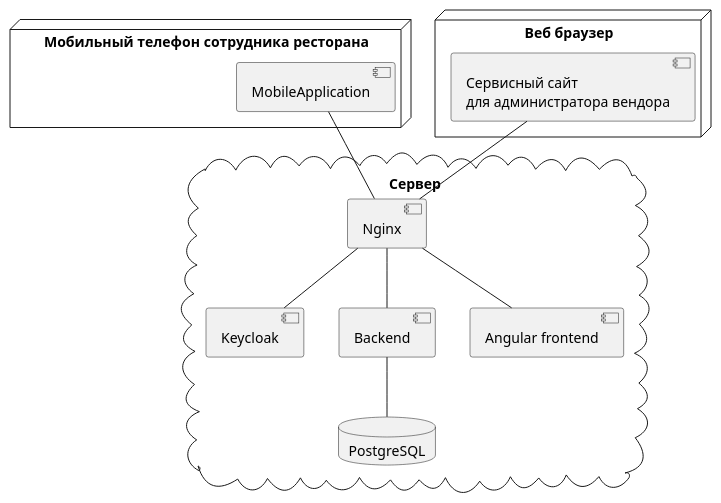
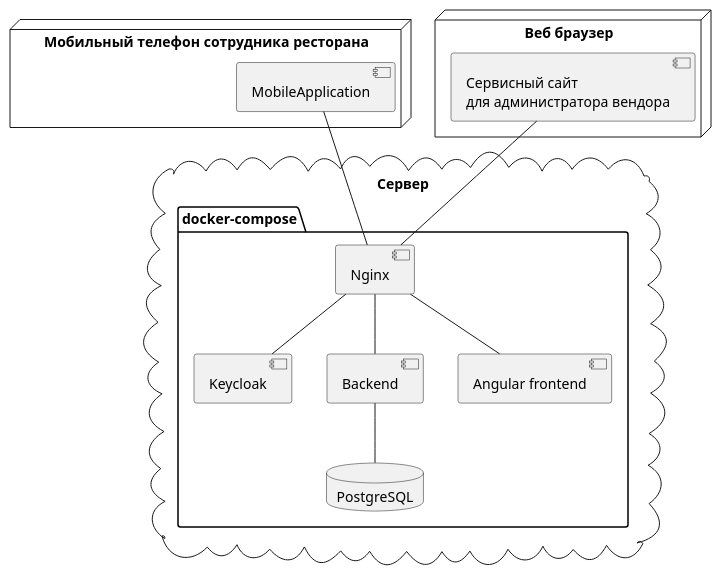
Before and after one commit to PavelPutin/restobook: the diagram in documentation/диаграммы/Диаграмма развёртывания.pu, drawn with PlantUML.

Commit message:
fix: add docker-compose package in server in deployment diagram

```diff
--- a/documentation/диаграммы/Диаграмма развёртывания.pu
+++ b/documentation/диаграммы/Диаграмма развёртывания.pu
@@ -1,28 +1,30 @@
 @startuml Диаграмма развёртывания
 
 node "Мобильный телефон сотрудника ресторана" {
     [MobileApplication]
 }
 
 node "Веб браузер" {
     [Сервисный сайт\nдля администратора вендора]
 }
 
 cloud Сервер {
-    [Nginx]
-    [Keycloak]
-    [Backend]
-    [Angular frontend]
-    database PostgreSQL
+    package docker-compose {
+        [Nginx]
+        [Keycloak]
+        [Backend]
+        [Angular frontend]
+        database PostgreSQL
+    }
 }
 
 [MobileApplication] -- [Nginx]
 [Сервисный сайт\nдля администратора вендора] -- [Nginx]
 
 [Nginx] -- [Keycloak]
 [Nginx] -- [Backend]
 [Nginx] -- [Angular frontend]
 
 [Backend] -- [PostgreSQL]
 
 @enduml
```
